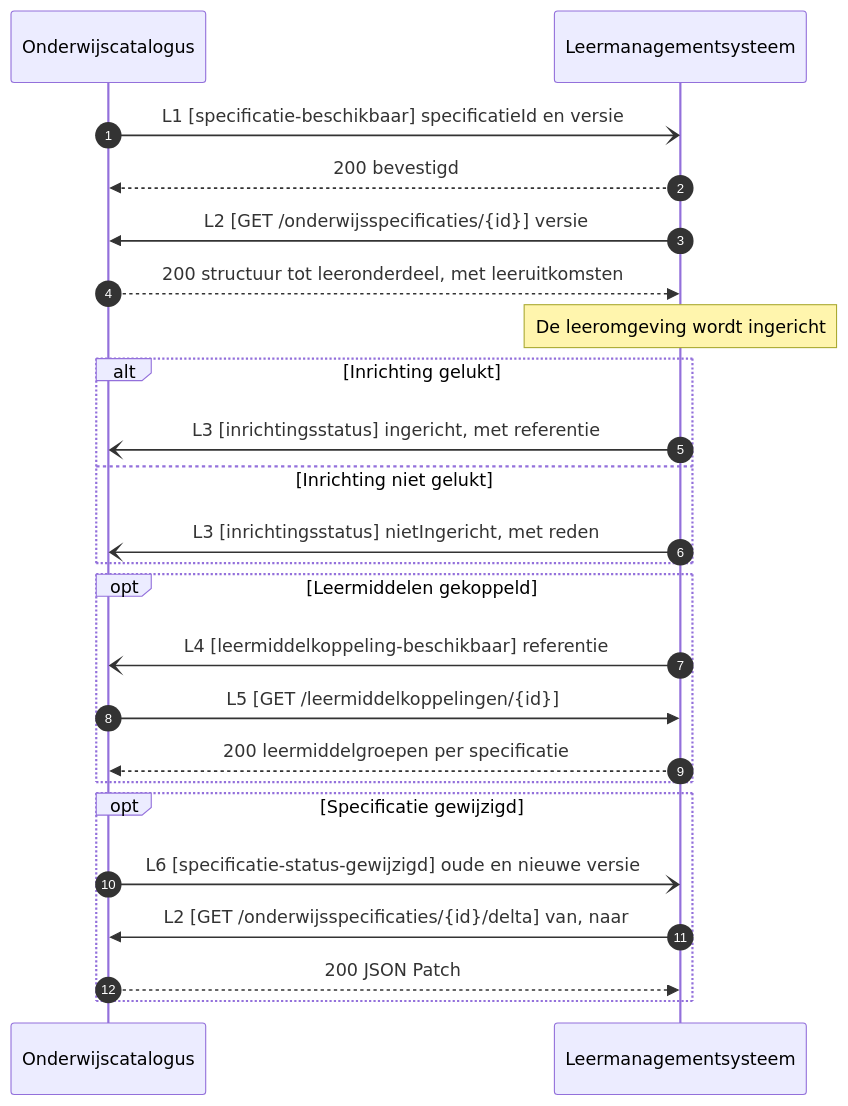
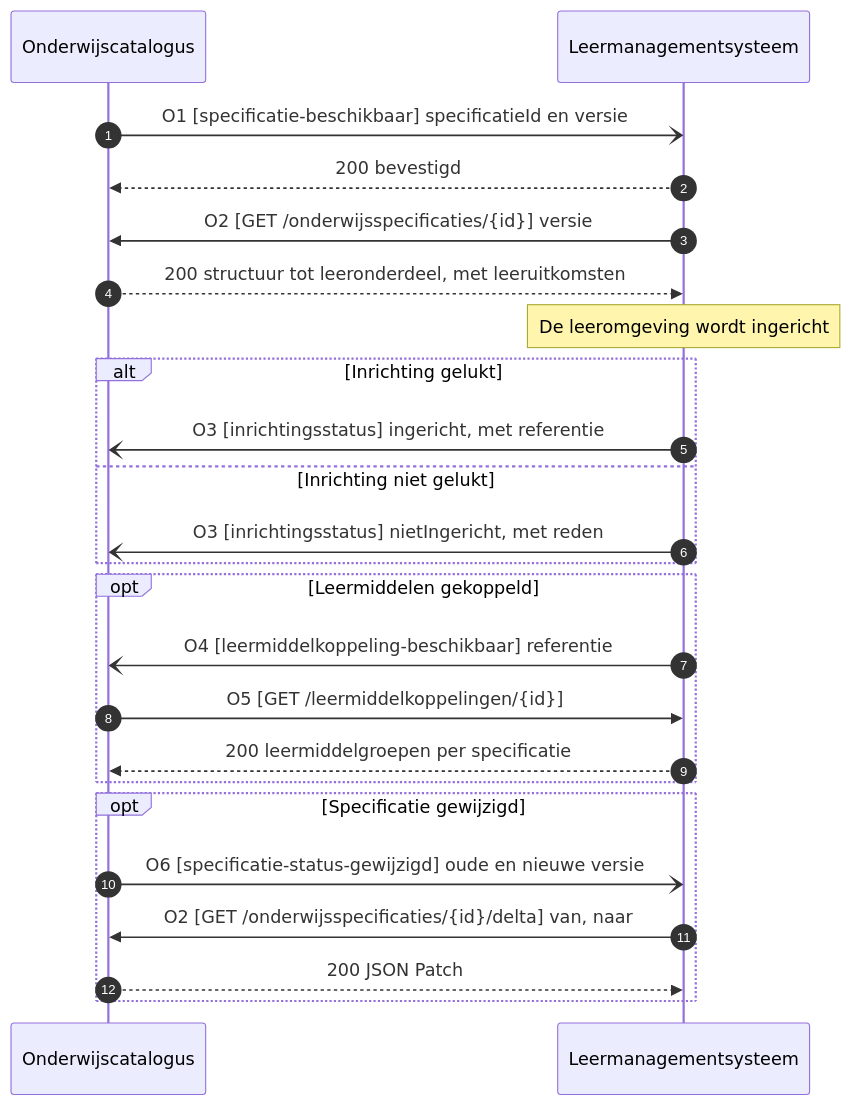
The first of 8 diagrams in architecture/docs/specificatie/interactie-onderwijsaanbod/is-oa-07.md (Npuls-OKx/meta), drawn with Mermaid before and after one commit. The commit also changed other lines of this file and 33 other files, not shown here.

````diff
--- a/architecture/docs/specificatie/interactie-onderwijsaanbod/is-oa-07.md
+++ b/architecture/docs/specificatie/interactie-onderwijsaanbod/is-oa-07.md
@@ -46,27 +46,27 @@
 ```mermaid
 sequenceDiagram
     autonumber
     participant OC as Onderwijscatalogus
     participant LMS as Leermanagementsysteem
 
-    OC-)LMS: L1 [specificatie-beschikbaar] specificatieId en versie
+    OC-)LMS: O1 [specificatie-beschikbaar] specificatieId en versie
     LMS-->>OC: 200 bevestigd
-    LMS->>OC: L2 [GET /onderwijsspecificaties/{id}] versie
+    LMS->>OC: O2 [GET /onderwijsspecificaties/{id}] versie
     OC-->>LMS: 200 structuur tot leeronderdeel, met leeruitkomsten
     Note over LMS: De leeromgeving wordt ingericht
     alt Inrichting gelukt
-        LMS-)OC: L3 [inrichtingsstatus] ingericht, met referentie
+        LMS-)OC: O3 [inrichtingsstatus] ingericht, met referentie
     else Inrichting niet gelukt
-        LMS-)OC: L3 [inrichtingsstatus] nietIngericht, met reden
+        LMS-)OC: O3 [inrichtingsstatus] nietIngericht, met reden
     end
     opt Leermiddelen gekoppeld
-        LMS-)OC: L4 [leermiddelkoppeling-beschikbaar] referentie
-        OC->>LMS: L5 [GET /leermiddelkoppelingen/{id}]
+        LMS-)OC: O4 [leermiddelkoppeling-beschikbaar] referentie
+        OC->>LMS: O5 [GET /leermiddelkoppelingen/{id}]
         LMS-->>OC: 200 leermiddelgroepen per specificatie
     end
     opt Specificatie gewijzigd
-        OC-)LMS: L6 [specificatie-status-gewijzigd] oude en nieuwe versie
-        LMS->>OC: L2 [GET /onderwijsspecificaties/{id}/delta] van, naar
+        OC-)LMS: O6 [specificatie-status-gewijzigd] oude en nieuwe versie
+        LMS->>OC: O2 [GET /onderwijsspecificaties/{id}/delta] van, naar
         OC-->>LMS: 200 JSON Patch
     end
 ```
````
